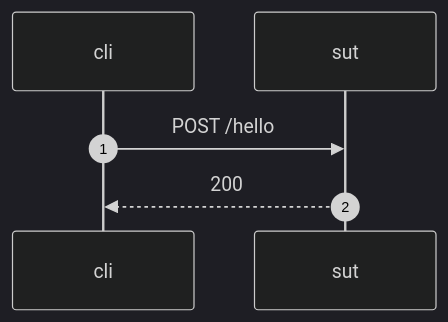
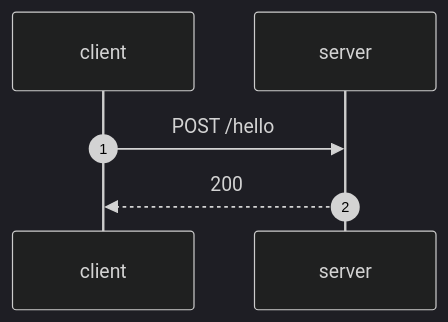
Before and after one commit to nao1215/spectest: the diagram in testdata/sample.md, drawn with Mermaid (dark theme). The commit also changed other lines of this file and 8 other files, not shown here.

````diff
--- a/testdata/sample.md
+++ b/testdata/sample.md
@@ -4,6 +4,6 @@
 ```mermaid
 sequenceDiagram
     autonumber
-    cli->>sut: POST /hello
-    sut-->>cli: 200
+    client->>server: POST /hello
+    server-->>client: 200
 ```
````
